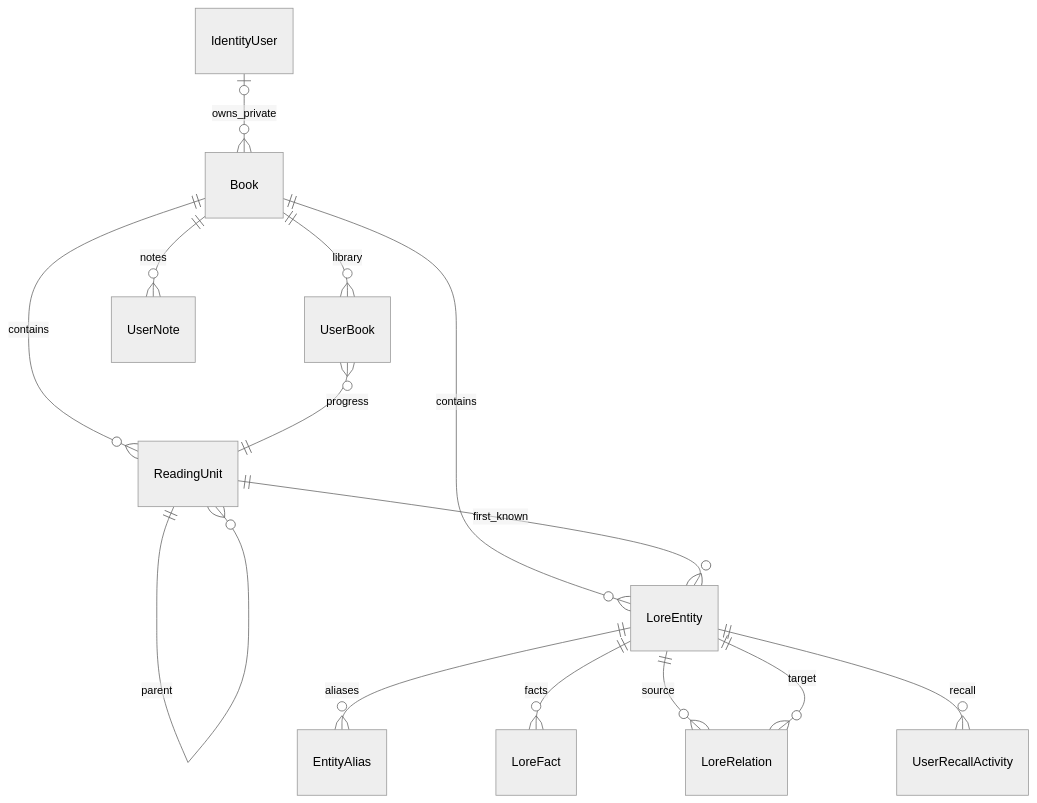
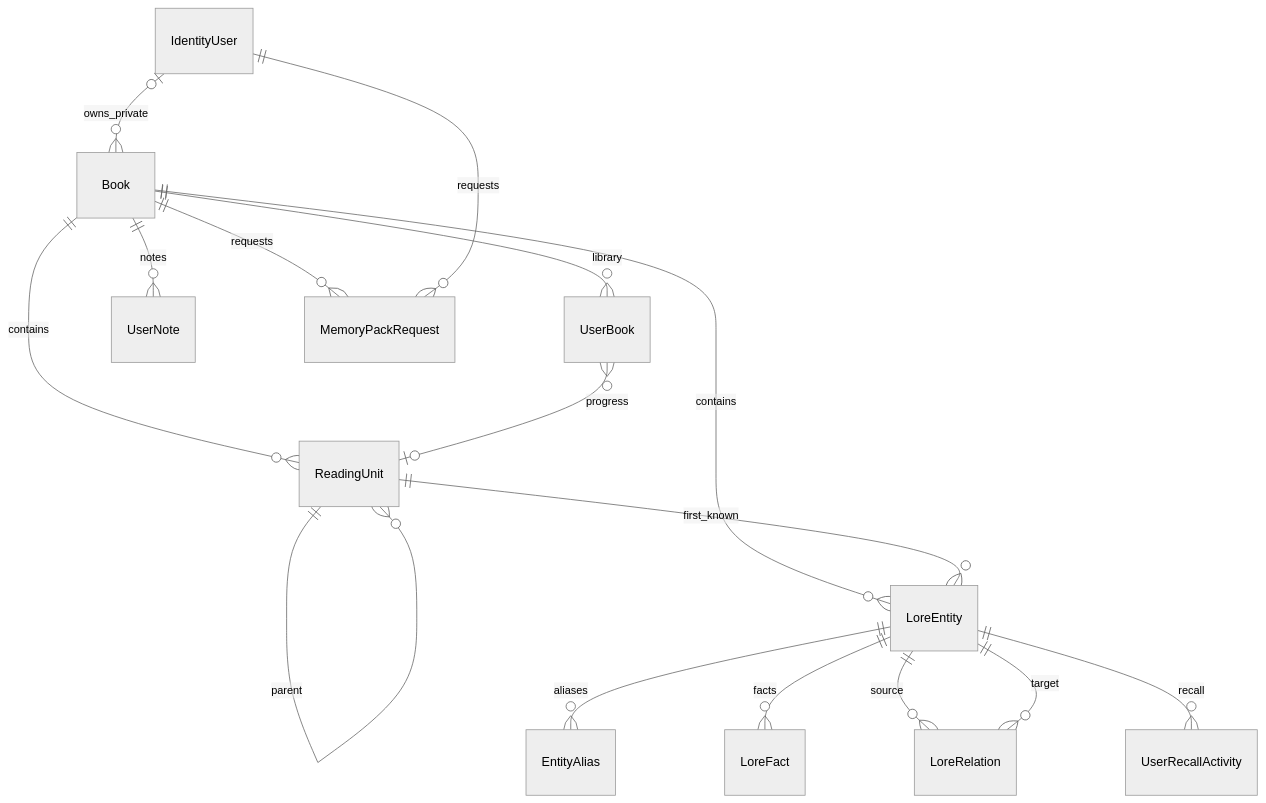
The diagram in docs/domain-model.md (DiogoJP202/Mnemora), drawn with Mermaid (neutral theme) before and after one commit. The commit also changed other lines of this file and 52 other files, not shown here.

````diff
--- a/docs/domain-model.md
+++ b/docs/domain-model.md
@@ -3,16 +3,18 @@
 ```mermaid
 erDiagram
   Book ||--o{ ReadingUnit : contains
   Book ||--o{ LoreEntity : contains
   Book ||--o{ UserBook : library
   ReadingUnit ||--o{ ReadingUnit : parent
   ReadingUnit ||--o{ LoreEntity : first_known
   LoreEntity ||--o{ EntityAlias : aliases
   LoreEntity ||--o{ LoreFact : facts
   LoreEntity ||--o{ LoreRelation : source
   LoreEntity ||--o{ LoreRelation : target
-  UserBook }o--|| ReadingUnit : progress
+  UserBook }o--o| ReadingUnit : progress
   Book ||--o{ UserNote : notes
+  Book ||--o{ MemoryPackRequest : requests
   LoreEntity ||--o{ UserRecallActivity : recall
   IdentityUser o|--o{ Book : owns_private
+  IdentityUser ||--o{ MemoryPackRequest : requests
 ```
````
